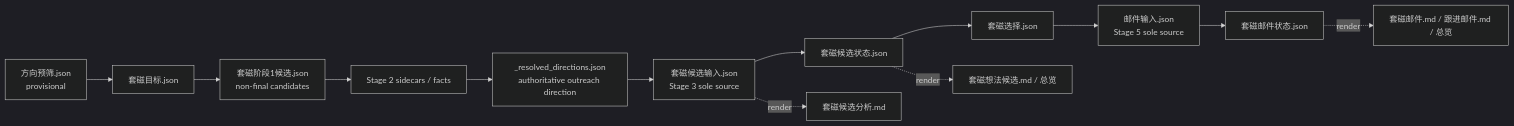
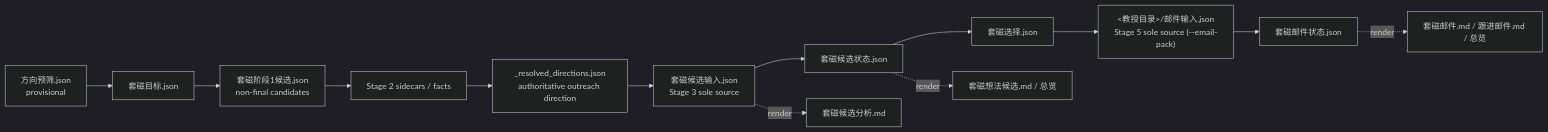
One commit to ScholarWorkflow/professor-contact changed the eighth of 10 diagrams in .apm/skills/professor-contact/docs/workflow-reference.md. Above: the diagram before and after it, drawn with Mermaid (dark theme). The commit also changed other lines of this file and 9 other files, not shown here.

````diff
--- a/.apm/skills/professor-contact/docs/workflow-reference.md
+++ b/.apm/skills/professor-contact/docs/workflow-reference.md
@@ -288,22 +294,22 @@
 ```mermaid
 flowchart LR
     P["方向预筛.json<br/>provisional"]
     T["套磁目标.json"]
     C["套磁阶段1候选.json<br/>non-final candidates"]
     E["Stage 2 sidecars / facts"]
     R["_resolved_directions.json<br/>authoritative outreach direction"]
     I["套磁候选输入.json<br/>Stage 3 sole source"]
     S["套磁候选状态.json"]
     SEL["套磁选择.json"]
-    M["邮件输入.json<br/>Stage 5 sole source"]
+    M["<教授目录>/邮件输入.json<br/>Stage 5 sole source (--email-pack)"]
     ES["套磁邮件状态.json"]
 
     MD2["套磁候选分析.md"]
     MD3["套磁想法候选.md / 总览"]
     MD5["套磁邮件.md / 跟进邮件.md / 总览"]
 
     P --> T --> C --> E --> R --> I --> S --> SEL --> M --> ES
     I -.->|"render"| MD2
     S -.->|"render"| MD3
     ES -.->|"render"| MD5
 ```
````
